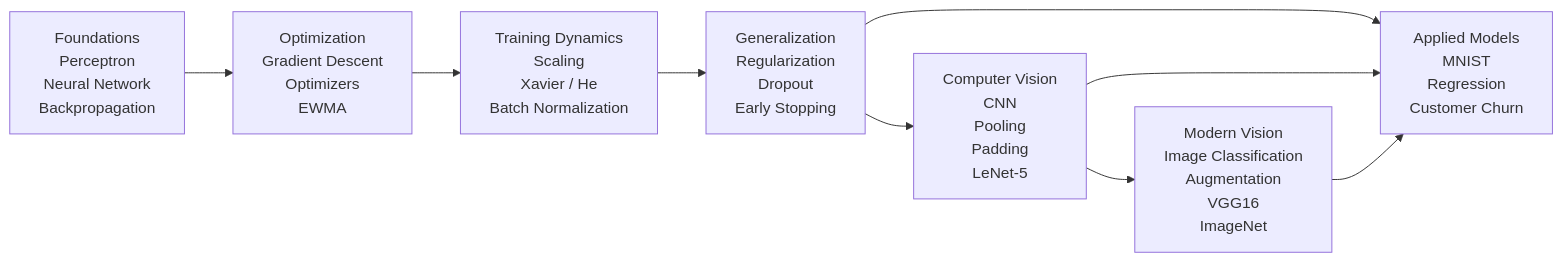
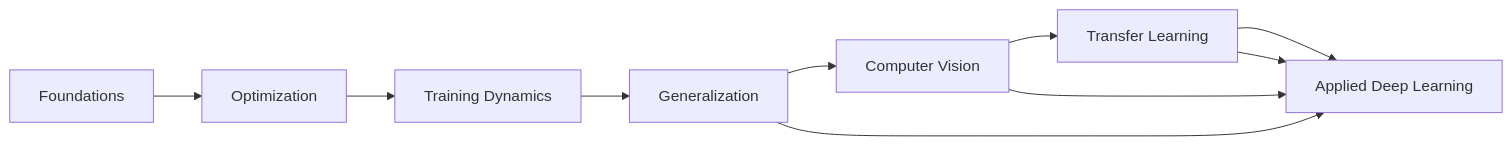
One commit to RITESH2127/Deep-learning-notebooks-and-datasets changed the first of 3 diagrams in README.md. Above: the diagram before and after it, drawn with Mermaid. The commit also changed other lines of this file, not shown here.

Commit message:
docs: upgrade README for learning, reproducibility, and engineering

````diff
--- a/README.md
+++ b/README.md
@@ -79,15 +79,15 @@
-~~~mermaid
+```mermaid
 flowchart LR
- A[" Foundations<br/>Perceptron<br/>Neural Network<br/>Backpropagation"]
- B[" Optimization<br/>Gradient Descent<br/>Optimizers<br/>EWMA"]
- C[" Training Dynamics<br/>Scaling<br/>Xavier / He<br/>Batch Normalization"]
- D[" Generalization<br/>Regularization<br/>Dropout<br/>Early Stopping"]
- E[" Computer Vision<br/>CNN<br/>Pooling<br/>Padding<br/>LeNet-5"]
- F[" Modern Vision<br/>Image Classification<br/>Augmentation<br/>VGG16<br/>ImageNet"]
- G[" Applied Models<br/>MNIST<br/>Regression<br/>Customer Churn"]
+    A["Foundations"]
+    B["Optimization"]
+    C["Training Dynamics"]
+    D["Generalization"]
+    E["Computer Vision"]
+    F["Transfer Learning"]
+    G["Applied Deep Learning"]
 
- A --> B --> C --> D --> E --> F
- D --> G
- E --> G
- F --> G
-~~~
+    A --> B --> C --> D --> E --> F --> G
+    D --> G
+    E --> G
+    F --> G
+```
````
